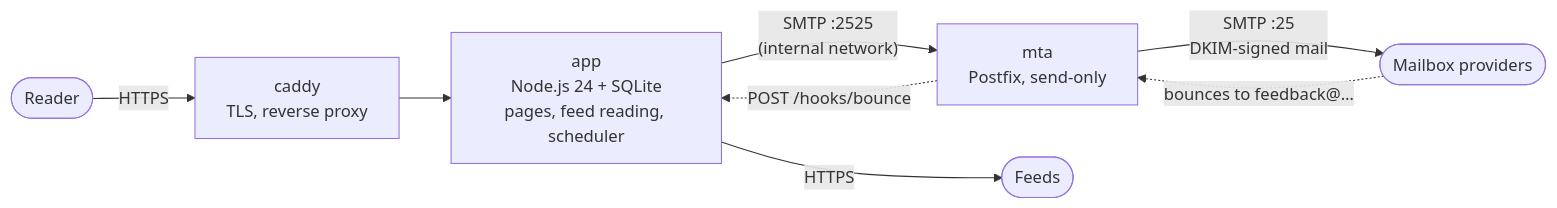
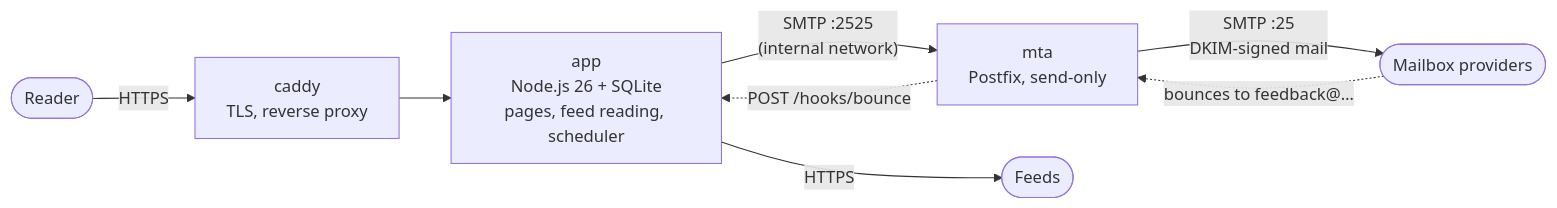
One commit to Feednotice/feednotice changed the second of 3 diagrams in docs/design.md. Above: the diagram before and after it, drawn with Mermaid. The commit also changed 7 other files, not shown here.

````diff
--- a/docs/design.md
+++ b/docs/design.md
@@ -64,10 +64,10 @@
 ```mermaid
 flowchart LR
     R([Reader]) -- HTTPS --> C[caddy<br/>TLS, reverse proxy]
-    C --> A[app<br/>Node.js 24 + SQLite<br/>pages, feed reading, scheduler]
+    C --> A[app<br/>Node.js 26 + SQLite<br/>pages, feed reading, scheduler]
     A -- "SMTP :2525<br/>(internal network)" --> M[mta<br/>Postfix, send-only]
     M -- "SMTP :25<br/>DKIM-signed mail" --> X([Mailbox providers])
     X -. "bounces to feedback@…" .-> M
     M -. "POST /hooks/bounce" .-> A
     A -- HTTPS --> F([Feeds])
 ```
````
